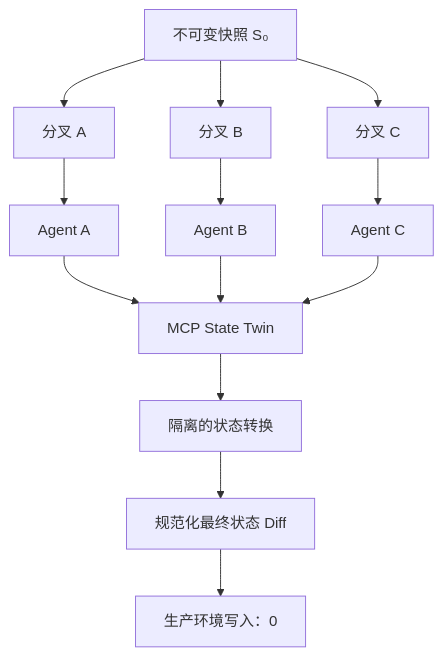
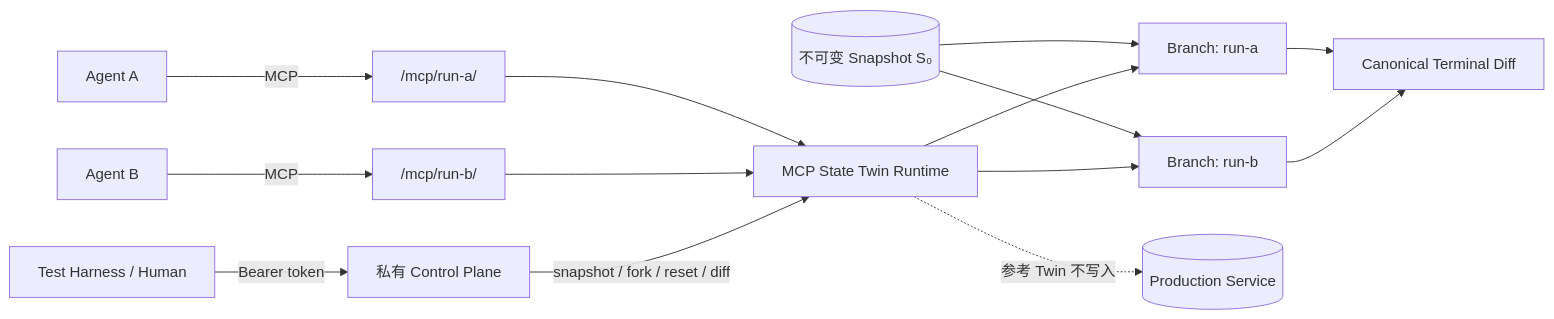
Before and after one commit to augety121/MCP-State-Twin: the diagram in README.md, drawn with Mermaid. The commit also changed other lines of this file and 3 other files, not shown here.

````diff
--- a/README.md
+++ b/README.md
@@ -22,15 +61,25 @@
 ```mermaid
-flowchart TD
-    S0["不可变快照 S₀"] --> A["分叉 A"]
-    S0 --> B["分叉 B"]
-    S0 --> C["分叉 C"]
-    A --> AA["Agent A"]
-    B --> AB["Agent B"]
-    C --> AC["Agent C"]
-    AA --> T["MCP State Twin"]
-    AB --> T
-    AC --> T
-    T --> X["隔离的状态转换"]
-    X --> D["规范化最终状态 Diff"]
-    D --> P["生产环境写入：0"]
+flowchart LR
+    S0[(不可变 Snapshot S₀)]
+
+    S0 --> A[Branch: run-a]
+    S0 --> B[Branch: run-b]
+
+    AA[Agent A] -->|MCP| UA["/mcp/run-a/"]
+    AB[Agent B] -->|MCP| UB["/mcp/run-b/"]
+
+    UA --> R[MCP State Twin Runtime]
+    UB --> R
+
+    R --> A
+    R --> B
+
+    H[Test Harness / Human] -->|Bearer token| C[私有 Control Plane]
+    C -->|snapshot / fork / reset / diff| R
+
+    A --> D[Canonical Terminal Diff]
+    B --> D
+
+    P[(Production Service)]
+    R -. 参考 Twin 不写入 .-> P
 ```
````
